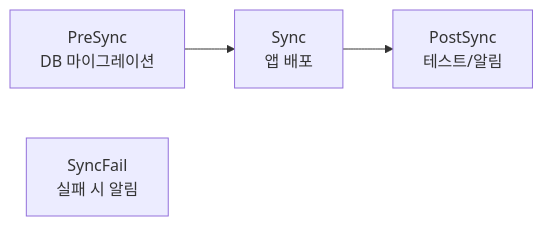
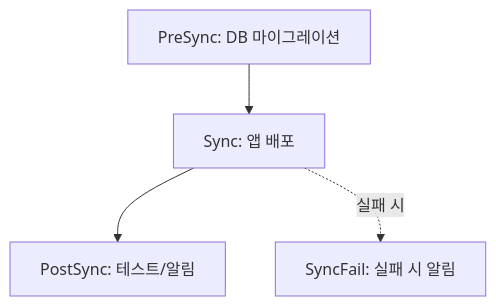
One commit to K-Diger/k-diger.github.io changed the ninth of 12 diagrams in _posts/2026-01-14-kubernetes-24-argocd.md. Above: the diagram before and after it, drawn with Mermaid. The commit also changed other lines of this file and 13 other files, not shown here.

````diff
--- a/_posts/2026-01-14-kubernetes-24-argocd.md
+++ b/_posts/2026-01-14-kubernetes-24-argocd.md
@@ -681,7 +692,11 @@
 ```mermaid
-flowchart LR
-    PRESYNC[PreSync<br/>DB 마이그레이션] --> SYNC[Sync<br/>앱 배포]
-    SYNC --> POSTSYNC[PostSync<br/>테스트/알림]
+flowchart TB
+    PRESYNC[PreSync: DB 마이그레이션]
+    SYNC[Sync: 앱 배포]
+    POSTSYNC[PostSync: 테스트/알림]
+    SYNCFAIL[SyncFail: 실패 시 알림]
 
-    SYNCFAIL[SyncFail<br/>실패 시 알림]
+    PRESYNC --> SYNC
+    SYNC --> POSTSYNC
+    SYNC -.->|실패 시| SYNCFAIL
 ```
````
